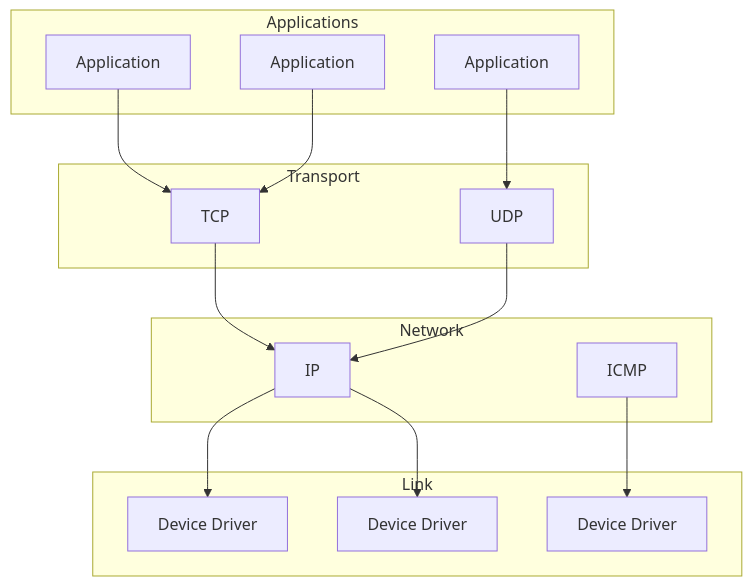
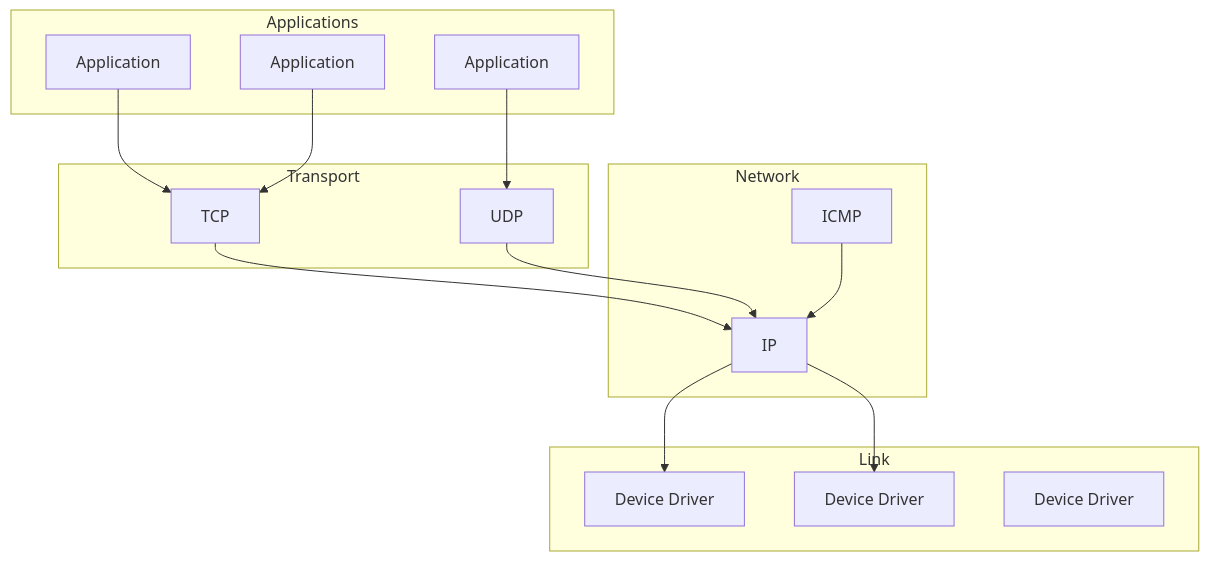
The diagram in network/FirewallsAndInternetSecurity2nd/part1/chapter2/2.1-2.3.md (dima853/self_university), drawn with Mermaid before and after one commit.

Commit message:
something create

````diff
--- a/network/FirewallsAndInternetSecurity2nd/part1/chapter2/2.1-2.3.md
+++ b/network/FirewallsAndInternetSecurity2nd/part1/chapter2/2.1-2.3.md
@@ -5,33 +5,33 @@
 ```mermaid
 flowchart TD
     subgraph Applications
         A1[Application]
         A2[Application]
         A3[Application]
     end
 
     subgraph Transport
         T1[TCP]
         T2[UDP]
     end
 
     subgraph Network
         N1[IP]
         N2[ICMP]
     end
 
     subgraph Link
         D1[Device Driver]
         D2[Device Driver]
         D3[Device Driver]
     end
 
     A1 --> T1
     A2 --> T1
     A3 --> T2
     T1 --> N1
     T2 --> N1
     N1 --> D1
     N1 --> D2
-    N2 --> D3
+    N2 --> N1
 ```
````
